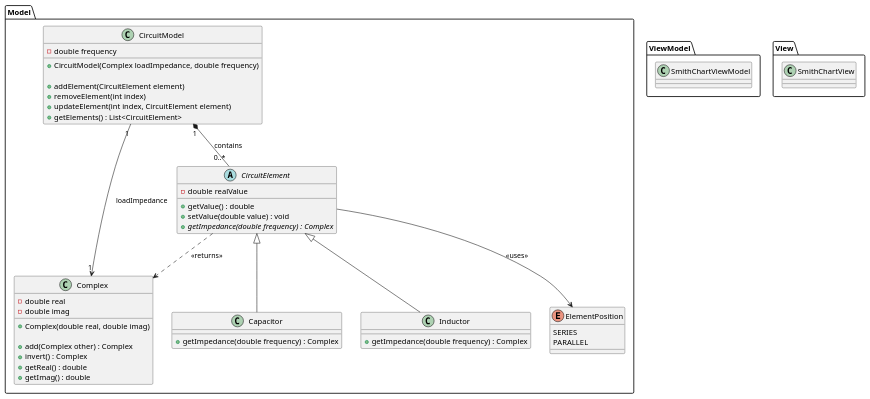
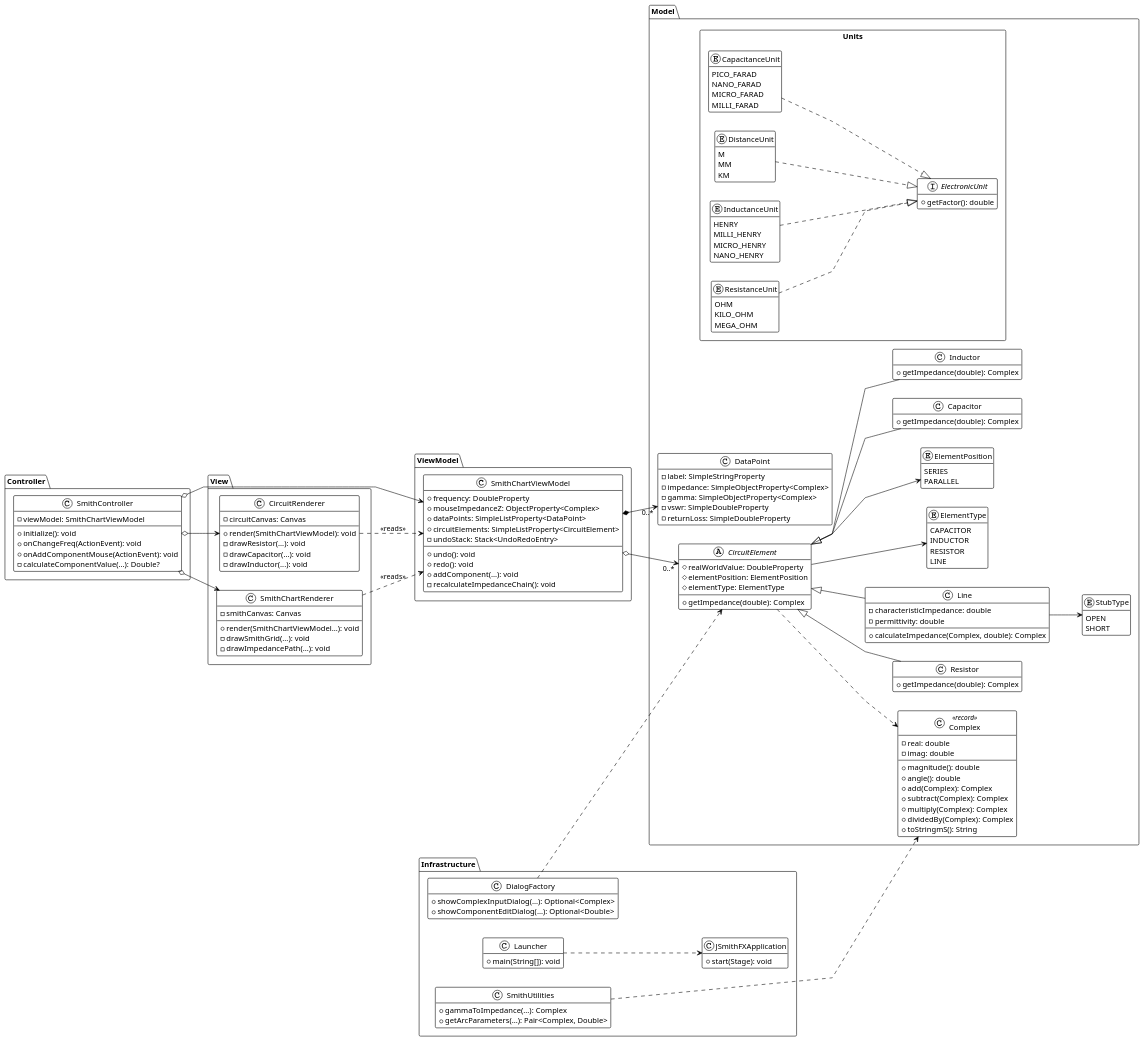
Before and after one commit to Neroil/JSmithFX: the diagram in schema.puml, drawn with PlantUML. The commit also changed 1 other file, not shown here.

Commit message:
fix: correct complex number arithmetic and add error handling for zero magnitude + updated uml with current implementation

```diff
--- a/schema.puml
+++ b/schema.puml
@@ -1,84 +1,207 @@
 @startuml
-'UML Diagram for Smith Chart Representation
+!theme plain
+hide empty members
+skinparam linetype polyline
+skinparam shadow false
+left to right direction
 
+skinparam class {
+    BackgroundColor White
+    ArrowColor Black
+    BorderColor Black
+}
 
 package Model {
+  package "Units" <<Rectangle>> {
+      interface ElectronicUnit {
+        + getFactor(): double
+      }
 
-    class Complex {
-        - double real
-        - double imag
+      enum CapacitanceUnit {
+        PICO_FARAD
+        NANO_FARAD
+        MICRO_FARAD
+        MILLI_FARAD
+      }
 
-        + Complex(double real, double imag)
+      enum DistanceUnit {
+        M
+        MM
+        KM
+      }
 
-        + add(Complex other) : Complex
-        + invert() : Complex
-        + getReal() : double
-        + getImag() : double
-    }
+      enum InductanceUnit {
+        HENRY
+        MILLI_HENRY
+        MICRO_HENRY
+        NANO_HENRY
+      }
 
-    class CircuitModel{
-        - double frequency
+      enum ResistanceUnit {
+        OHM
+        KILO_OHM
+        MEGA_OHM
+      }
+  }
 
-        + CircuitModel(Complex loadImpedance, double frequency)
+  class Complex << record >> {
+    - real: double
+    - imag: double
+    + magnitude(): double
+    + angle(): double
+    + add(Complex): Complex
+    + subtract(Complex): Complex
+    + multiply(Complex): Complex
+    + dividedBy(Complex): Complex
+    + toStringmS(): String
+  }
 
-        + addElement(CircuitElement element)
-        + removeElement(int index)
-        + updateElement(int index, CircuitElement element)
-        + getElements() : List<CircuitElement>
-    }
+  enum StubType {
+    OPEN
+    SHORT
+  }
 
-    abstract class CircuitElement {
-        - double realValue
+  enum ElementType {
+    CAPACITOR
+    INDUCTOR
+    RESISTOR
+    LINE
+  }
 
-        + getValue() : double
-        + setValue(double value) : void
-        + {abstract} getImpedance(double frequency) : Complex
-    }
+  enum ElementPosition {
+    SERIES
+    PARALLEL
+  }
 
-    class Capacitor {
-        + getImpedance(double frequency) : Complex
-    }
+  abstract class CircuitElement {
+    # realWorldValue: DoubleProperty
+    # elementPosition: ElementPosition
+    # elementType: ElementType
+    + getImpedance(double): Complex
+  }
 
-    class Inductor {
-        + getImpedance(double frequency) : Complex
-    }
+  class Capacitor {
+    + getImpedance(double): Complex
+  }
 
-    enum ElementPosition {
-        SERIES
-        PARALLEL
-    }
+  class Inductor {
+    + getImpedance(double): Complex
+  }
+
+  class Resistor {
+    + getImpedance(double): Complex
+  }
+
+  class Line {
+    - characteristicImpedance: double
+    - permittivity: double
+    + calculateImpedance(Complex, double): Complex
+  }
+
+  class DataPoint {
+    - label: SimpleStringProperty
+    - impedance: SimpleObjectProperty<Complex>
+    - gamma: SimpleObjectProperty<Complex>
+    - vswr: SimpleDoubleProperty
+    - returnLoss: SimpleDoubleProperty
+  }
+
+  ' Relationships inside Model
+  CapacitanceUnit ..|> ElectronicUnit
+  DistanceUnit    ..|> ElectronicUnit
+  InductanceUnit  ..|> ElectronicUnit
+  ResistanceUnit  ..|> ElectronicUnit
+
+  CircuitElement <|-- Capacitor
+  CircuitElement <|-- Inductor
+  CircuitElement <|-- Resistor
+  CircuitElement <|-- Line
+
+  Line --> StubType
+  CircuitElement ..> Complex
+  CircuitElement --> ElementType
+  CircuitElement --> ElementPosition
 }
 
 package ViewModel {
-
-    class SmithChartViewModel {
-
-
-    }
+  class SmithChartViewModel {
+    + frequency: DoubleProperty
+    + mouseImpedanceZ: ObjectProperty<Complex>
+    + dataPoints: SimpleListProperty<DataPoint>
+    + circuitElements: SimpleListProperty<CircuitElement>
+    - undoStack: Stack<UndoRedoEntry>
+    + undo(): void
+    + redo(): void
+    + addComponent(...): void
+    - recalculateImpedanceChain(): void
+  }
 }
 
 package View {
+  class CircuitRenderer {
+    - circuitCanvas: Canvas
+    + render(SmithChartViewModel): void
+    - drawResistor(...): void
+    - drawCapacitor(...): void
+    - drawInductor(...): void
+  }
 
-    class SmithChartView {
+  class SmithChartRenderer {
+    - smithCanvas: Canvas
+    + render(SmithChartViewModel...): void
+    - drawSmithGrid(...): void
+    - drawImpedancePath(...): void
+  }
+}
 
-    }
+package Controller {
+  class SmithController {
+    - viewModel: SmithChartViewModel
+    + initialize(): void
+    + onChangeFreq(ActionEvent): void
+    + onAddComponentMouse(ActionEvent): void
+    - calculateComponentValue(...): Double?
+  }
+}
 
+package Infrastructure {
+  class DialogFactory {
+    + showComplexInputDialog(...): Optional<Complex>
+    + showComponentEditDialog(...): Optional<Double>
+  }
 
+  class SmithUtilities {
+    + gammaToImpedance(...): Complex
+    + getArcParameters(...): Pair<Complex, Double>
+  }
+
+  class JSmithFXApplication {
+    + start(Stage): void
+  }
+
+  class Launcher {
+    + main(String[]): void
+  }
 }
-'--------------- Relations ----------------
 
-' Inheritance
-CircuitElement <|-- Capacitor
-CircuitElement <|-- Inductor
+' === Main Architecture Relationships ===
 
-' Composition/Aggregation
-CircuitModel "1" *-- "0..*" CircuitElement : contains
-CircuitModel "1" --> "1" Complex : loadImpedance
+' Controller manages ViewModel and View
+SmithController o--> SmithChartViewModel
+SmithController o--> SmithChartRenderer
+SmithController o--> CircuitRenderer
 
-' Dependencies (uses as return type/parameter)
-CircuitElement ..> Complex : <<returns>>
-CircuitElement --> ElementPosition : <<uses>>
+' View renders data from ViewModel
+CircuitRenderer ..> SmithChartViewModel : <<reads>>
+SmithChartRenderer ..> SmithChartViewModel : <<reads>>
 
+' ViewModel manages Model
+SmithChartViewModel o--> "0..*" CircuitElement
+SmithChartViewModel *--> "0..*" DataPoint
 
+' Infrastructure helpers
+SmithUtilities ..> Complex
+DialogFactory ..> CircuitElement
+Launcher ..> JSmithFXApplication
 
 @enduml
```
